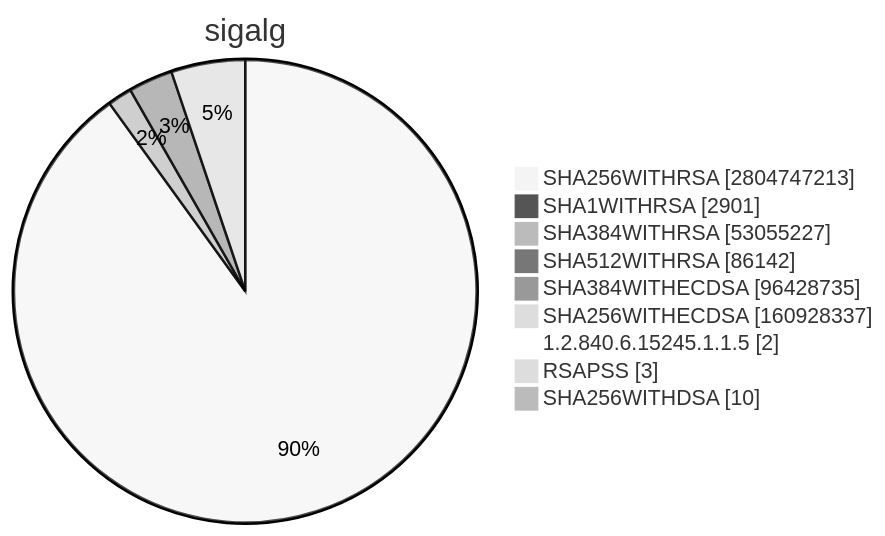
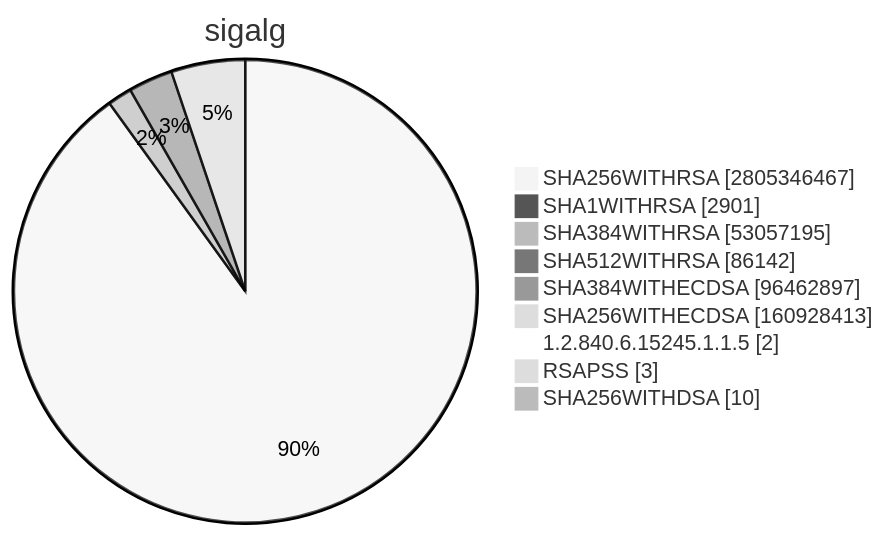
Before and after one commit to christiankrug/ctmonitor_visualization: diagram 15 of 15 in TOTAL/README.md, drawn with Mermaid (neutral theme). The commit also changed other lines of this file, not shown here.

````diff
--- a/TOTAL/README.md
+++ b/TOTAL/README.md
@@ -6207,13 +6207,13 @@
 ```mermaid
 pie showData
 title sigalg
-"SHA256WITHRSA" :2804747213
+"SHA256WITHRSA" :2805346467
 "SHA1WITHRSA" :2901
-"SHA384WITHRSA" :53055227
+"SHA384WITHRSA" :53057195
 "SHA512WITHRSA" :86142
-"SHA384WITHECDSA" :96428735
-"SHA256WITHECDSA" :160928337
+"SHA384WITHECDSA" :96462897
+"SHA256WITHECDSA" :160928413
 "1.2.840.6.15245.1.1.5" :2
 "RSAPSS" :3
 "SHA256WITHDSA" :10
 ```
````
